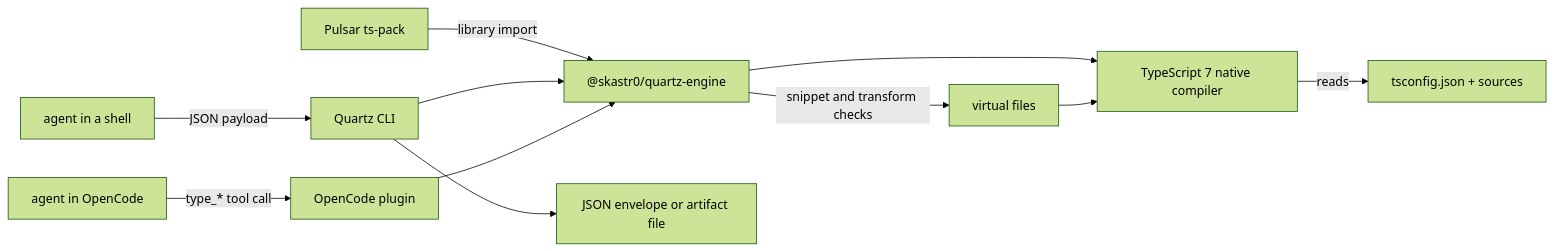
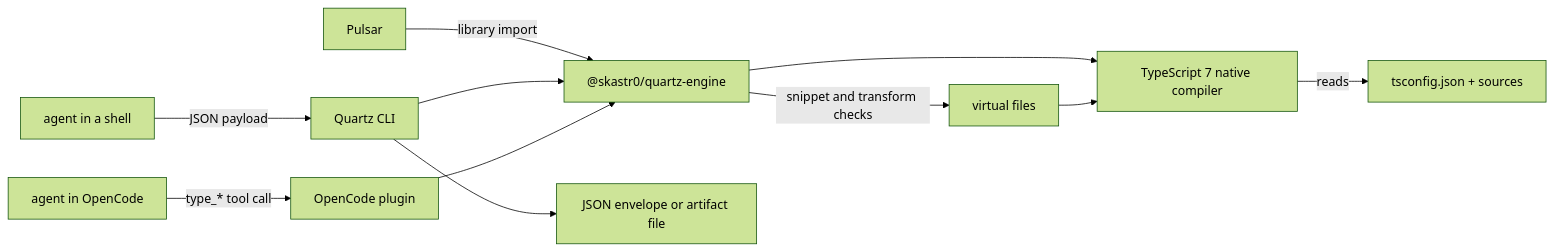
Before and after one commit to skastr0/quartz: the diagram in README.md, drawn with Mermaid (forest theme). The commit also changed other lines of this file, not shown here.

````diff
--- a/README.md
+++ b/README.md
@@ -108,13 +110,13 @@
 ```mermaid
 flowchart LR
   shell["agent in a shell"] -->|JSON payload| cli["Quartz CLI"]
   oc["agent in OpenCode"] -->|type_* tool call| plugin["OpenCode plugin"]
-  pulsar["Pulsar ts-pack"] -->|library import| engine
+  pulsar["Pulsar"] -->|library import| engine
   cli --> engine["@skastr0/quartz-engine"]
   plugin --> engine
   engine --> tsgo["TypeScript 7 native compiler"]
   engine -->|snippet and transform checks| vf["virtual files"]
   vf --> tsgo
   tsgo -->|reads| src["tsconfig.json + sources"]
   cli --> out["JSON envelope or artifact file"]
 ```
````
